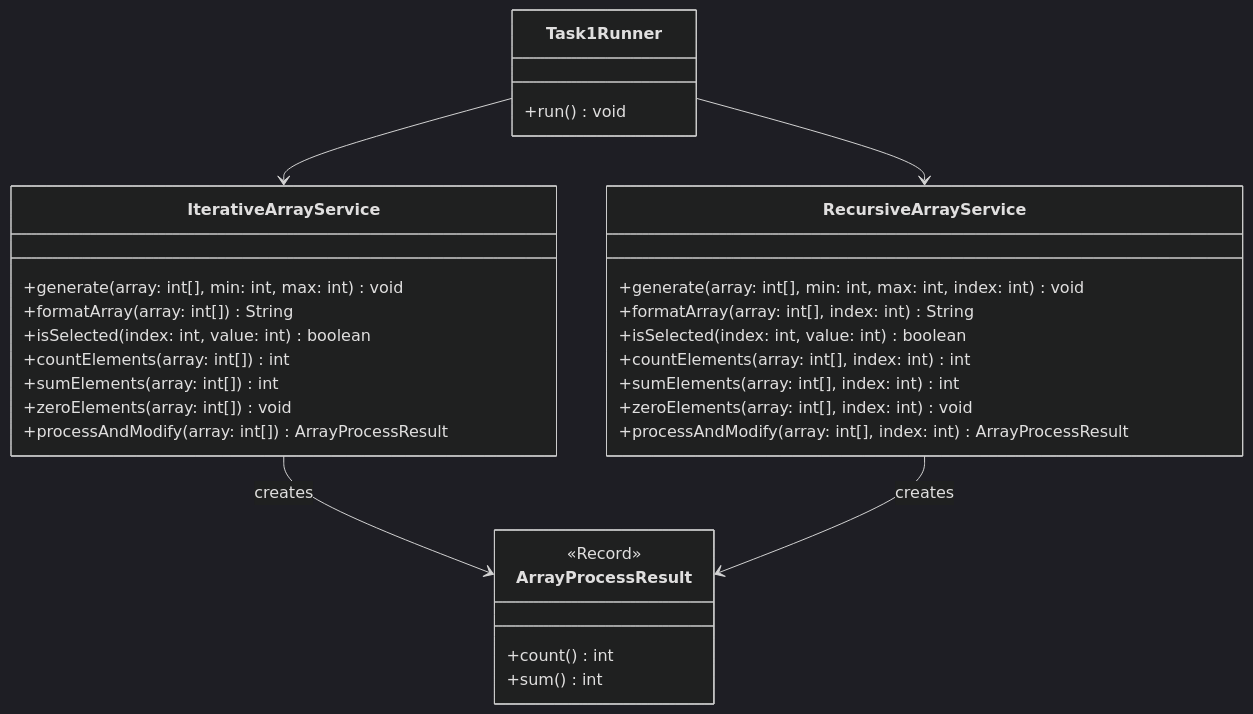
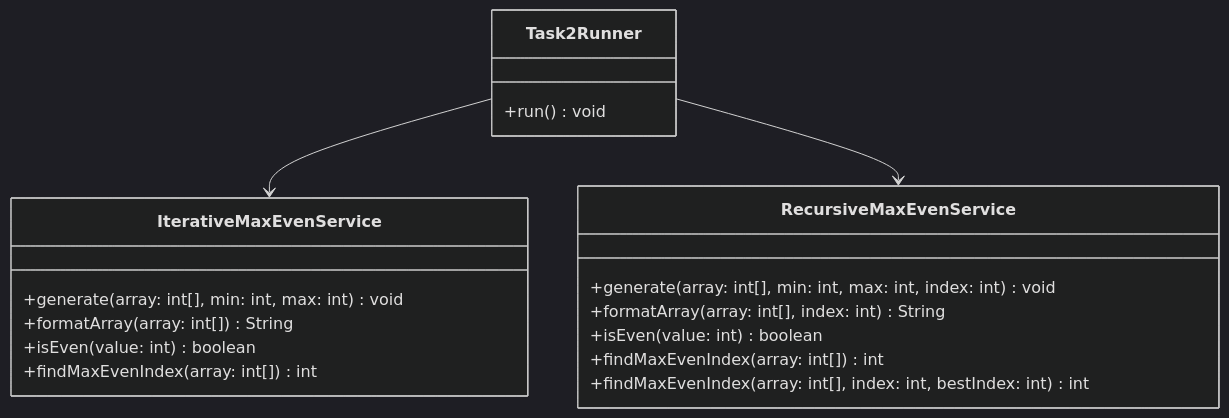
Before and after one commit to lviv-polytech/alg-java-labs: the third of 3 diagrams in lb6/README.md, drawn with Mermaid (dark theme). The commit also changed other lines of this file and 3 other files, not shown here.

Commit message:
feat(lab-06): implement task 6.2 maximum even element search for variant 17

````diff
--- a/lb6/README.md
+++ b/lb6/README.md
@@ -74,37 +80,24 @@
 ```mermaid
 classDiagram
-    class ArrayProcessResult {
-        <<Record>>
-        +count() int
-        +sum() int
+    class IterativeMaxEvenService {
+        +generate(array: int[], min: int, max: int) void
+        +formatArray(array: int[]) String
+        +isEven(value: int) boolean
+        +findMaxEvenIndex(array: int[]) int
     }
 
-    class IterativeArrayService {
-        +generate(array: int[], min: int, max: int) void
-        +formatArray(array: int[]) String
-        +isSelected(index: int, value: int) boolean
-        +countElements(array: int[]) int
-        +sumElements(array: int[]) int
-        +zeroElements(array: int[]) void
-        +processAndModify(array: int[]) ArrayProcessResult
+    class RecursiveMaxEvenService {
+        +generate(array: int[], min: int, max: int, index: int) void
+        +formatArray(array: int[], index: int) String
+        +isEven(value: int) boolean
+        +findMaxEvenIndex(array: int[]) int
+        +findMaxEvenIndex(array: int[], index: int, bestIndex: int) int
     }
 
-    class RecursiveArrayService {
-        +generate(array: int[], min: int, max: int, index: int) void
-        +formatArray(array: int[], index: int) String
-        +isSelected(index: int, value: int) boolean
-        +countElements(array: int[], index: int) int
-        +sumElements(array: int[], index: int) int
-        +zeroElements(array: int[], index: int) void
-        +processAndModify(array: int[], index: int) ArrayProcessResult
-    }
-
-    class Task1Runner {
+    class Task2Runner {
         +run() void
     }
 
-    Task1Runner --> IterativeArrayService
-    Task1Runner --> RecursiveArrayService
-    IterativeArrayService --> ArrayProcessResult : creates
-    RecursiveArrayService --> ArrayProcessResult : creates
+    Task2Runner --> IterativeMaxEvenService
+    Task2Runner --> RecursiveMaxEvenService
 ```
````
